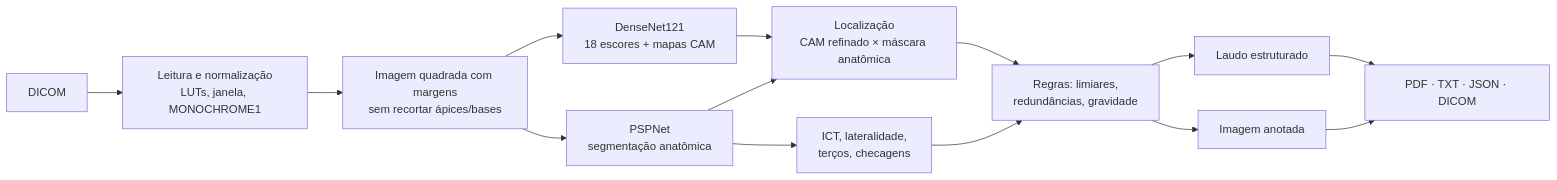
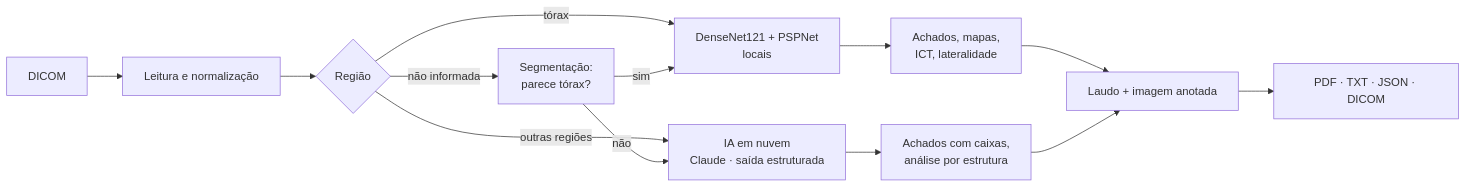
One commit to andersongroto/interpretador-radiologico changed the diagram in README.md. Above: the diagram before and after it, drawn with Mermaid. The commit also changed other lines of this file and 28 other files, not shown here.

````diff
--- a/README.md
+++ b/README.md
@@ -146,16 +139,15 @@
 ```mermaid
 flowchart LR
-    A[DICOM] --> B[Leitura e normalização<br/>LUTs, janela, MONOCHROME1]
-    B --> C[Imagem quadrada com margens<br/>sem recortar ápices/bases]
-    C --> D[DenseNet121<br/>18 escores + mapas CAM]
-    C --> E[PSPNet<br/>segmentação anatômica]
-    D --> F[Localização<br/>CAM refinado × máscara anatômica]
-    E --> F
-    E --> G[ICT, lateralidade,<br/>terços, checagens]
-    F --> H[Regras: limiares,<br/>redundâncias, gravidade]
-    G --> H
-    H --> I[Laudo estruturado]
-    H --> J[Imagem anotada]
-    I --> K[PDF · TXT · JSON · DICOM]
-    J --> K
+    A[DICOM] --> B[Leitura e normalização]
+    B --> R{Região}
+    R -->|tórax| C[DenseNet121 + PSPNet<br/>locais]
+    R -->|outras regiões| N[IA em nuvem<br/>Claude · saída estruturada]
+    R -->|não informada| S[Segmentação:<br/>parece tórax?]
+    S -->|sim| C
+    S -->|não| N
+    C --> H[Achados, mapas,<br/>ICT, lateralidade]
+    N --> H2[Achados com caixas,<br/>análise por estrutura]
+    H --> L[Laudo + imagem anotada]
+    H2 --> L
+    L --> K[PDF · TXT · JSON · DICOM]
 ```
````
